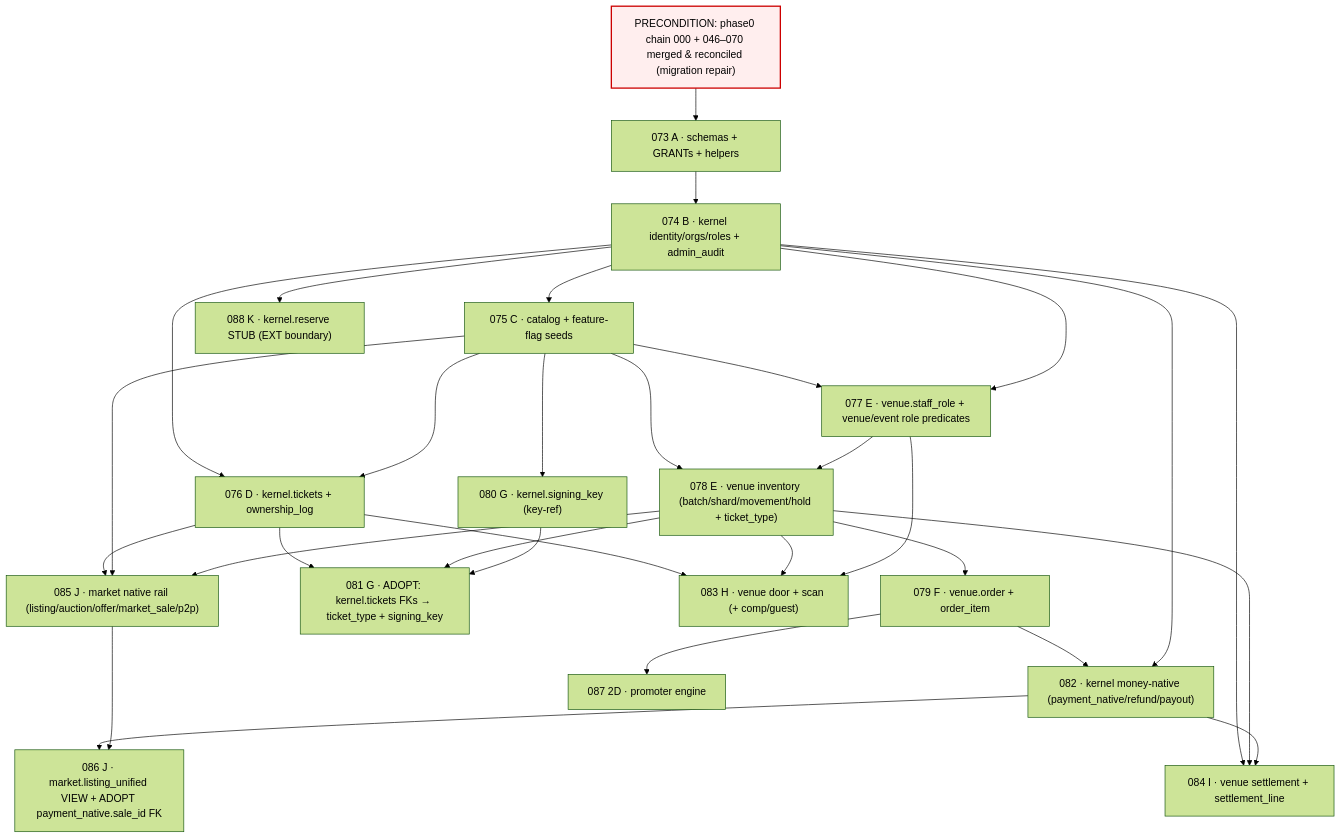
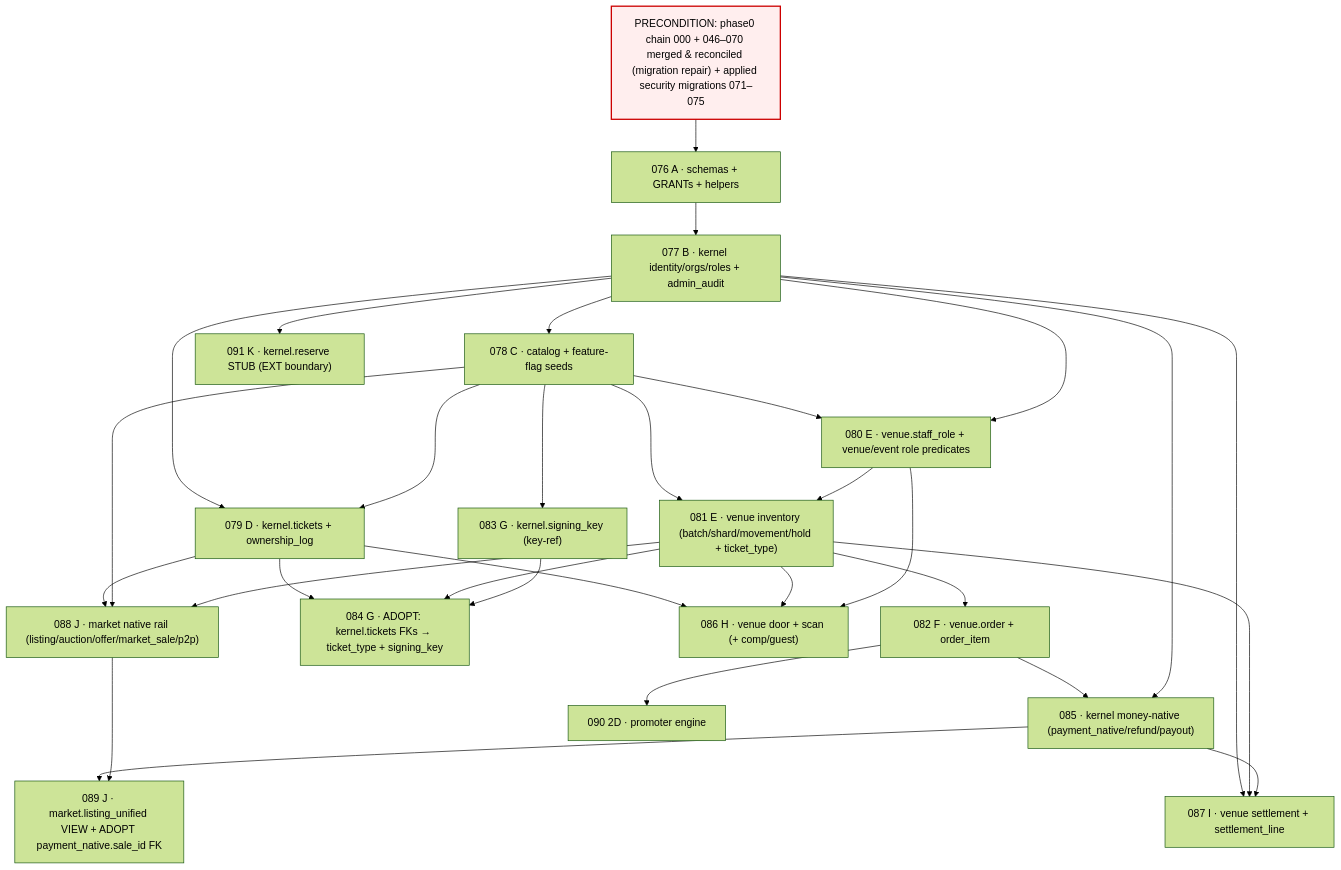
The diagram in docs/architecture/PHASE_2_SUPABASE_MIGRATION_PLAN.md (SnatchIt-app/snatchit), drawn with Mermaid (forest theme) before and after one commit. The commit also changed other lines of this file and 18 other files, not shown here.

````diff
--- a/docs/architecture/PHASE_2_SUPABASE_MIGRATION_PLAN.md
+++ b/docs/architecture/PHASE_2_SUPABASE_MIGRATION_PLAN.md
@@ -212,50 +210,50 @@
 ```mermaid
 graph TD
-    P0["PRECONDITION: phase0 chain 000 + 046–070 merged & reconciled (migration repair)"]:::pre
+    P0["PRECONDITION: phase0 chain 000 + 046–070 merged & reconciled (migration repair) + applied security migrations 071–075"]:::pre
 
-    A073["073 A · schemas + GRANTs + helpers"]
-    B074["074 B · kernel identity/orgs/roles + admin_audit"]
-    C075["075 C · catalog + feature-flag seeds"]
-    D076["076 D · kernel.tickets + ownership_log"]
-    E077["077 E · venue.staff_role + venue/event role predicates"]
-    E078["078 E · venue inventory (batch/shard/movement/hold + ticket_type)"]
-    F079["079 F · venue.order + order_item"]
-    G080["080 G · kernel.signing_key (key-ref)"]
-    G081["081 G · ADOPT: kernel.tickets FKs → ticket_type + signing_key"]
-    M082["082 · kernel money-native (payment_native/refund/payout)"]
-    H083["083 H · venue door + scan (+ comp/guest)"]
-    I084["084 I · venue settlement + settlement_line"]
-    J085["085 J · market native rail (listing/auction/offer/market_sale/p2p)"]
-    J086["086 J · market.listing_unified VIEW + ADOPT payment_native.sale_id FK"]
-    D087["087 2D · promoter engine"]
-    K088["088 K · kernel.reserve STUB (EXT boundary)"]
+    A076["076 A · schemas + GRANTs + helpers"]
+    B077["077 B · kernel identity/orgs/roles + admin_audit"]
+    C078["078 C · catalog + feature-flag seeds"]
+    D079["079 D · kernel.tickets + ownership_log"]
+    E080["080 E · venue.staff_role + venue/event role predicates"]
+    E081["081 E · venue inventory (batch/shard/movement/hold + ticket_type)"]
+    F082["082 F · venue.order + order_item"]
+    G083["083 G · kernel.signing_key (key-ref)"]
+    G084["084 G · ADOPT: kernel.tickets FKs → ticket_type + signing_key"]
+    M085["085 · kernel money-native (payment_native/refund/payout)"]
+    H086["086 H · venue door + scan (+ comp/guest)"]
+    I087["087 I · venue settlement + settlement_line"]
+    J088["088 J · market native rail (listing/auction/offer/market_sale/p2p)"]
+    J089["089 J · market.listing_unified VIEW + ADOPT payment_native.sale_id FK"]
+    D090["090 2D · promoter engine"]
+    K091["091 K · kernel.reserve STUB (EXT boundary)"]
 
-    P0 --> A073 --> B074 --> C075
-    B074 --> D076
-    C075 --> D076
-    C075 --> E077
-    B074 --> E077
-    C075 --> E078
-    E077 --> E078
-    E078 --> F079
-    C075 --> G080
-    D076 --> G081
-    E078 --> G081
-    G080 --> G081
-    F079 --> M082
-    B074 --> M082
-    D076 --> H083
-    E078 --> H083
-    E077 --> H083
-    B074 --> I084
-    E078 --> I084
-    M082 --> I084
-    D076 --> J085
-    C075 --> J085
-    E078 --> J085
-    M082 --> J086
-    J085 --> J086
-    F079 --> D087
-    B074 --> K088
+    P0 --> A076 --> B077 --> C078
+    B077 --> D079
+    C078 --> D079
+    C078 --> E080
+    B077 --> E080
+    C078 --> E081
+    E080 --> E081
+    E081 --> F082
+    C078 --> G083
+    D079 --> G084
+    E081 --> G084
+    G083 --> G084
+    F082 --> M085
+    B077 --> M085
+    D079 --> H086
+    E081 --> H086
+    E080 --> H086
+    B077 --> I087
+    E081 --> I087
+    M085 --> I087
+    D079 --> J088
+    C078 --> J088
+    E081 --> J088
+    M085 --> J089
+    J088 --> J089
+    F082 --> D090
+    B077 --> K091
     classDef pre fill:#fee,stroke:#c00,stroke-width:2px;
 ```
````
